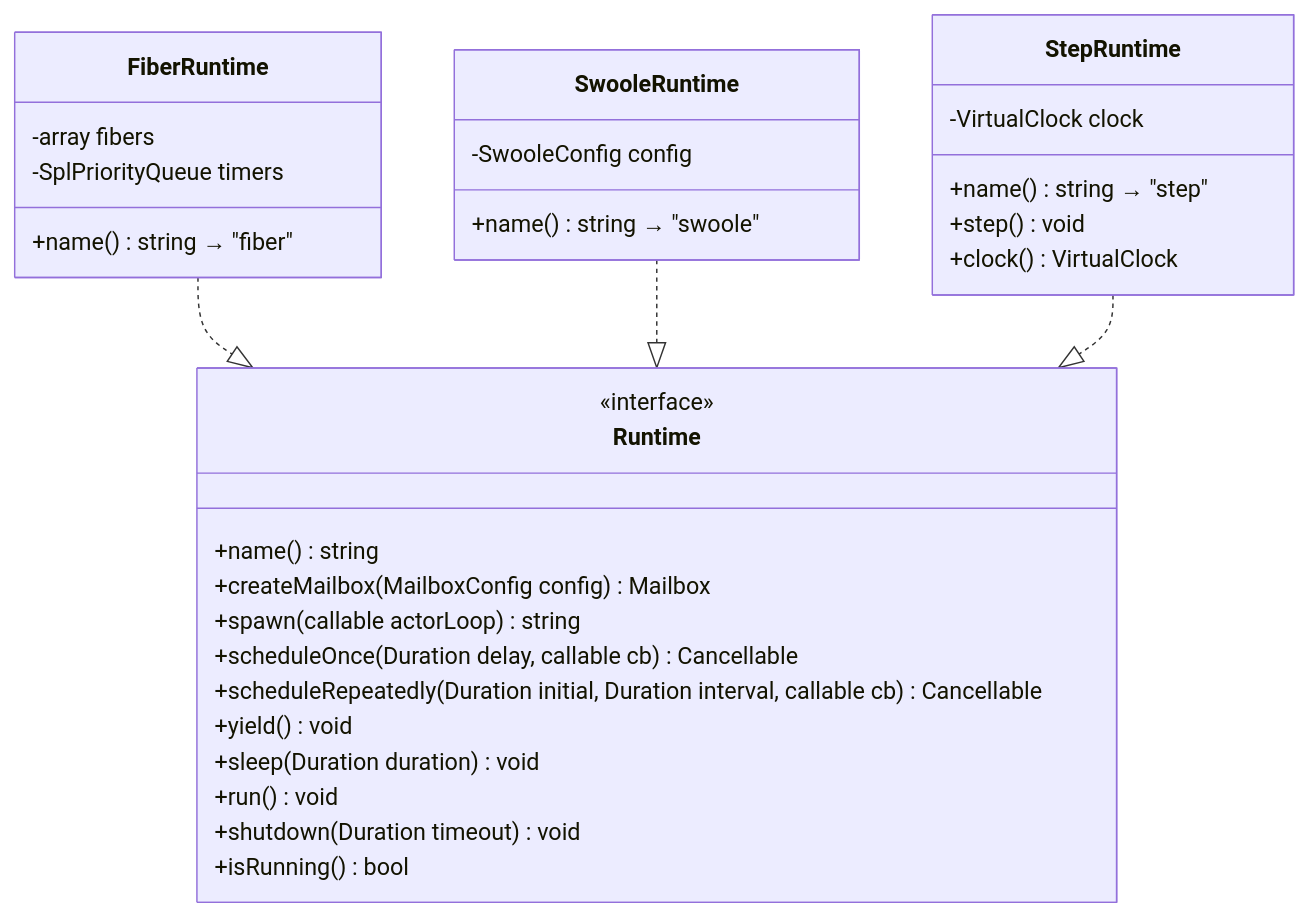
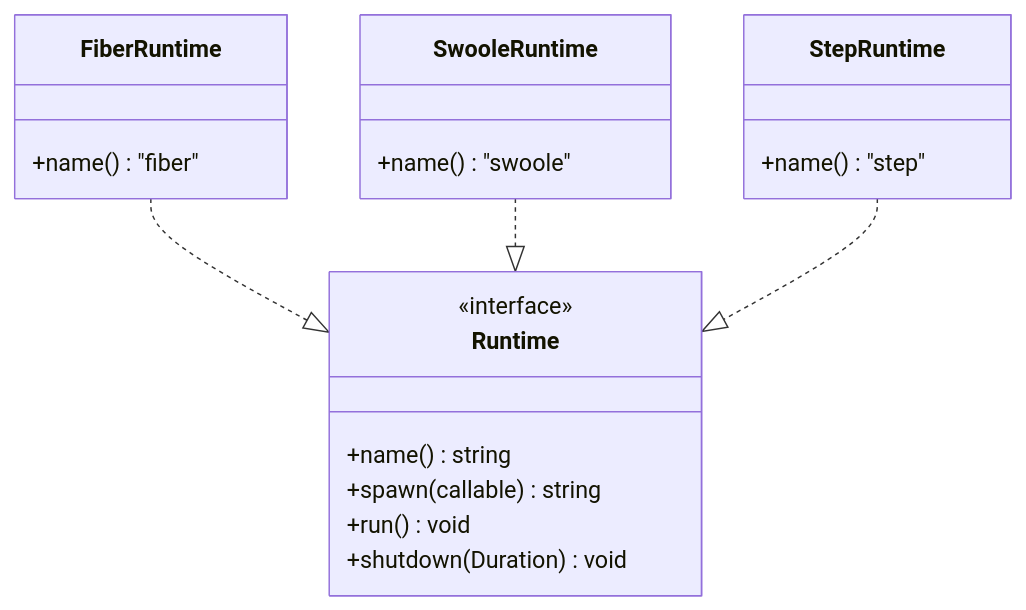
The second of 2 diagrams in website/docs/runtimes/overview.md (nexus-actors/nexus), drawn with Mermaid before and after one commit. The commit also changed other lines of this file and 19 other files, not shown here.

First line of the commit message:
refactor: simplify diagrams, remove benchmark viz, use Swoole 6.2.0-rc1

````diff
--- a/website/docs/runtimes/overview.md
+++ b/website/docs/runtimes/overview.md
@@ -90,38 +78,26 @@
 ```mermaid
 classDiagram
     class Runtime {
         <<interface>>
         +name() string
-        +createMailbox(MailboxConfig config) Mailbox
-        +spawn(callable actorLoop) string
-        +scheduleOnce(Duration delay, callable cb) Cancellable
-        +scheduleRepeatedly(Duration initial, Duration interval, callable cb) Cancellable
-        +yield() void
-        +sleep(Duration duration) void
+        +spawn(callable) string
         +run() void
-        +shutdown(Duration timeout) void
-        +isRunning() bool
+        +shutdown(Duration) void
     }
 
     class FiberRuntime {
-        -array fibers
-        -SplPriorityQueue timers
-        +name() string → "fiber"
+        +name() "fiber"
     }
 
     class SwooleRuntime {
-        -SwooleConfig config
-        +name() string → "swoole"
+        +name() "swoole"
     }
 
     class StepRuntime {
-        -VirtualClock clock
-        +name() string → "step"
-        +step() void
-        +clock() VirtualClock
+        +name() "step"
     }
 
     FiberRuntime ..|> Runtime
     SwooleRuntime ..|> Runtime
     StepRuntime ..|> Runtime
 ```
````
